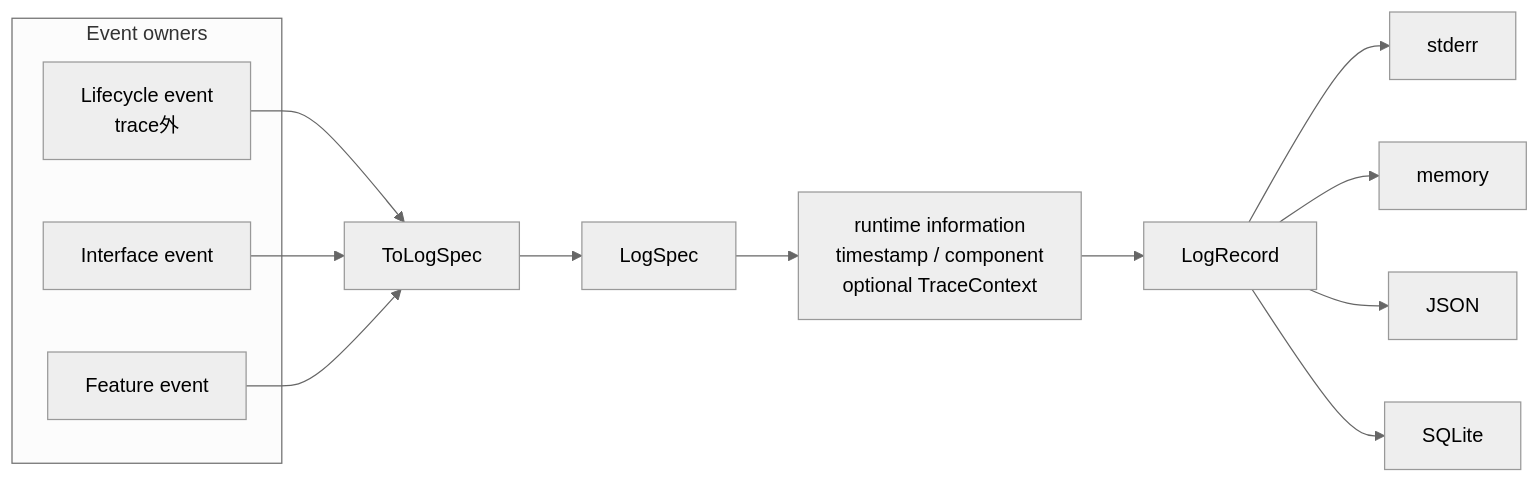
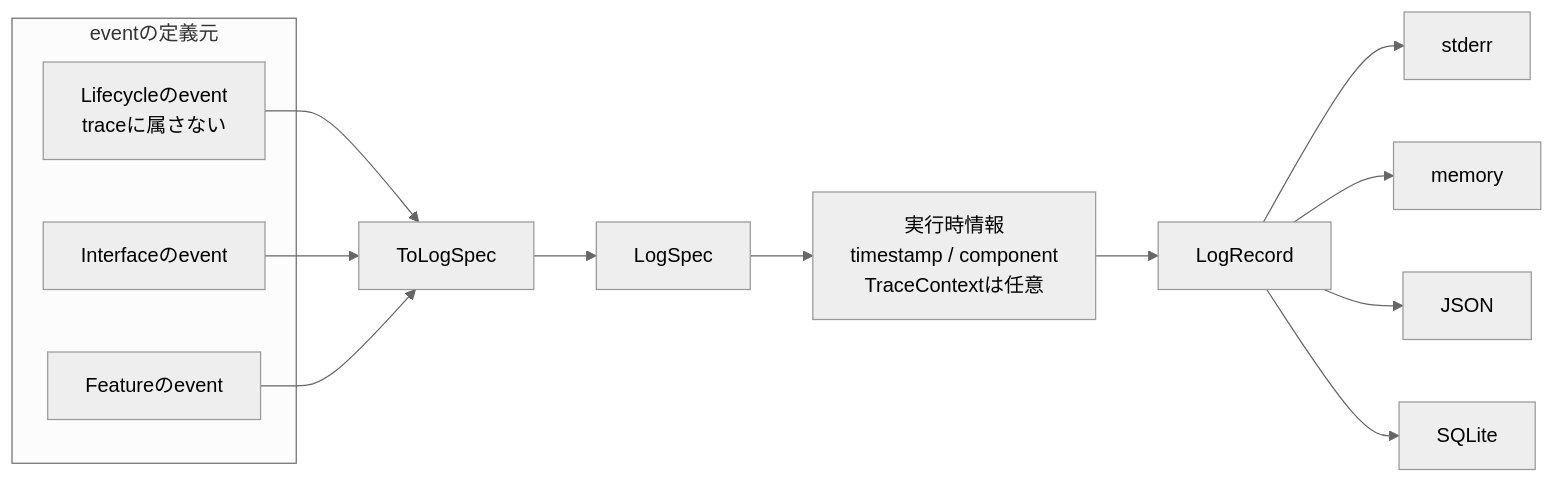
One commit to takashit16833/Workbench changed the second of 2 diagrams in Notes/RAGScope/RAGScopeアプリケーション/実行追跡・構造化ログ概要図.md. Above: the diagram before and after it, drawn with Mermaid (neutral theme). The commit also changed other lines of this file and 6 other files, not shown here.

````diff
--- a/Notes/RAGScope/RAGScopeアプリケーション/実行追跡・構造化ログ概要図.md
+++ b/Notes/RAGScope/RAGScopeアプリケーション/実行追跡・構造化ログ概要図.md
@@ -61,25 +67,25 @@
 ```mermaid
 flowchart LR
-    subgraph owners["Event owners"]
-        Lifecycle["Lifecycle event<br/>trace外"]
-        InterfaceEvent["Interface event"]
-        FeatureEvent["Feature event"]
+    subgraph owners["eventの定義元"]
+        Lifecycle["Lifecycleのevent<br/>traceに属さない"]
+        InterfaceEvent["Interfaceのevent"]
+        FeatureEvent["Featureのevent"]
     end
 
     ToLogSpec["ToLogSpec"]
     LogSpec["LogSpec"]
-    Runtime["runtime information<br/>timestamp / component<br/>optional TraceContext"]
+    Runtime["実行時情報<br/>timestamp / component<br/>TraceContextは任意"]
     LogRecord["LogRecord"]
 
     Lifecycle --> ToLogSpec
     InterfaceEvent --> ToLogSpec
     FeatureEvent --> ToLogSpec
     ToLogSpec --> LogSpec
     LogSpec --> Runtime
     Runtime --> LogRecord
 
     LogRecord --> Stderr["stderr"]
     LogRecord --> Memory["memory"]
     LogRecord --> JSON["JSON"]
     LogRecord --> SQLite["SQLite"]
 ```
````
